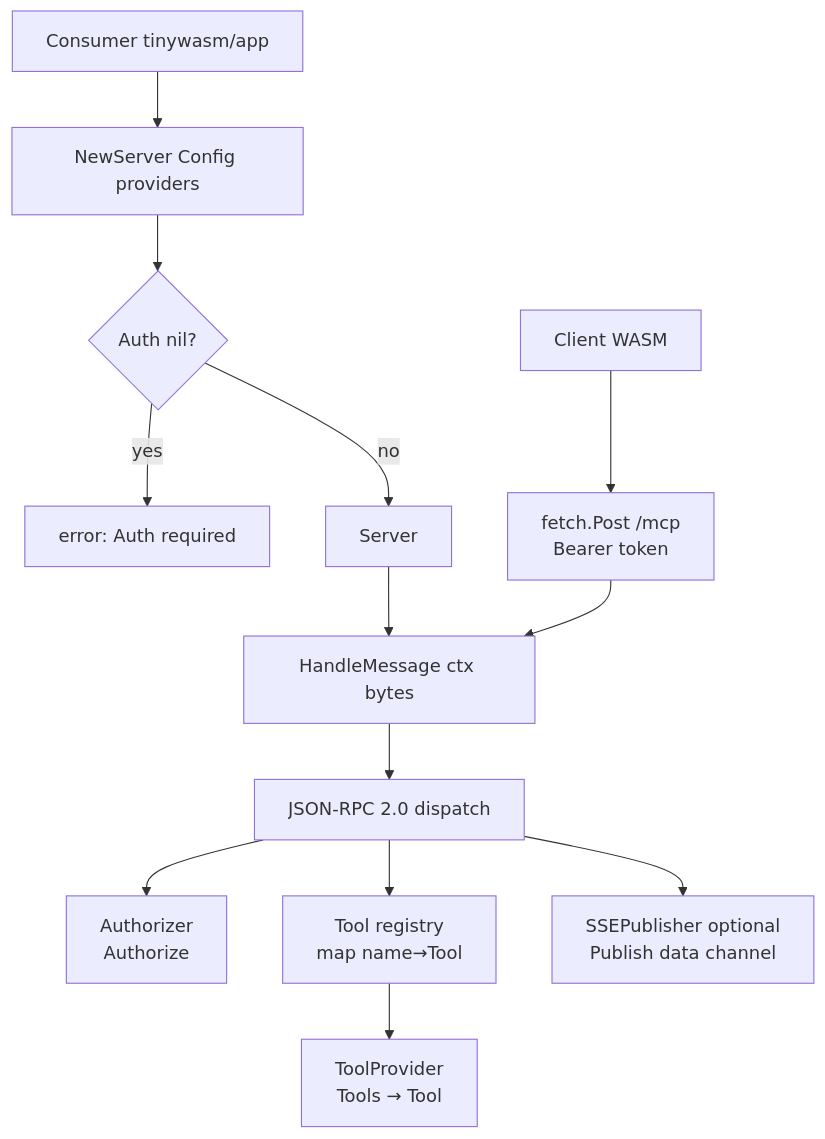
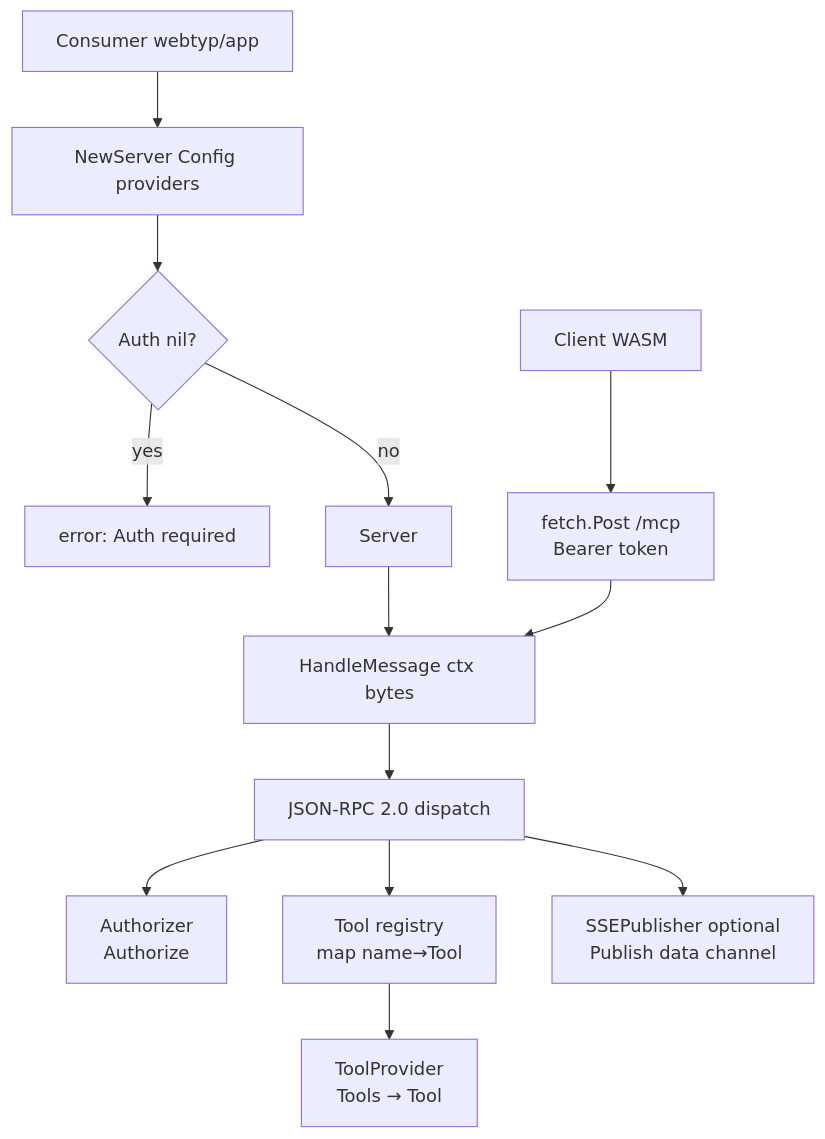
One commit to tinywasm/mcp changed the diagram in docs/diagrams/architecture.md. Above: the diagram before and after it, drawn with Mermaid. The commit also changed 39 other files, not shown here.

First line of the commit message:
refactor!: module path github.com/tinywasm → webtyp.com; rebrand TinyWasm → WebTyp

````diff
--- a/docs/diagrams/architecture.md
+++ b/docs/diagrams/architecture.md
@@ -3,15 +3,15 @@
 ```mermaid
 flowchart TD
-    A[Consumer tinywasm/app] --> B[NewServer Config providers]
+    A[Consumer webtyp/app] --> B[NewServer Config providers]
     B --> C{Auth nil?}
     C -->|yes| D[error: Auth required]
     C -->|no| E[Server]
     E --> F[HandleMessage ctx bytes]
     F --> G[JSON-RPC 2.0 dispatch]
     G --> H[Authorizer<br/>Authorize]
     G --> I[Tool registry<br/>map name→Tool]
     G --> J[SSEPublisher optional<br/>Publish data channel]
     I --> K[ToolProvider<br/>Tools → Tool]
     L[Client WASM] --> M[fetch.Post /mcp<br/>Bearer token]
     M --> F
 ```
````
